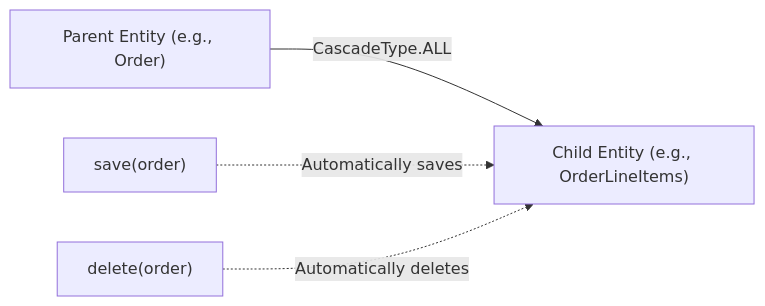
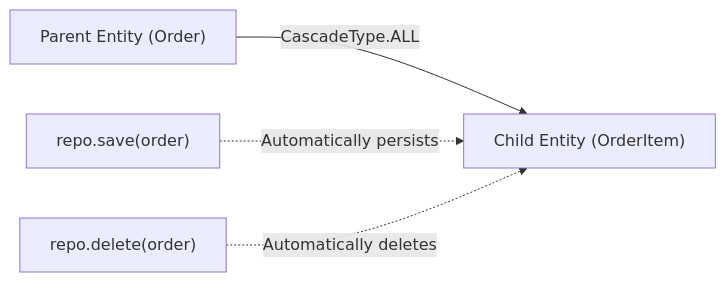
One commit to rohithgowda18/Notes changed the tenth of 13 diagrams in 06-Java-and-Spring-Boot/03-Data-Persistence-Spring-Data-JPA.md. Above: the diagram before and after it, drawn with Mermaid. The commit also changed other lines of this file and 13 other files, not shown here.

Commit message:
docs: upgrade Spring Boot study guides to Spring Boot 3+, Spring 6, Security 6, Jakarta, and add architecture diagrams

````diff
--- a/06-Java-and-Spring-Boot/03-Data-Persistence-Spring-Data-JPA.md
+++ b/06-Java-and-Spring-Boot/03-Data-Persistence-Spring-Data-JPA.md
@@ -544,6 +523,6 @@
 ```mermaid
 flowchart LR
-    Parent["Parent Entity (e.g., Order)"] -->|CascadeType.ALL| Child["Child Entity (e.g., OrderLineItems)"]
-    Save["save(order)"] -.->|"Automatically saves"| Child
-    Delete["delete(order)"] -.->|"Automatically deletes"| Child
+    Parent["Parent Entity (Order)"] -->|CascadeType.ALL| Child["Child Entity (OrderItem)"]
+    Save["repo.save(order)"] -.->|"Automatically persists"| Child
+    Delete["repo.delete(order)"] -.->|"Automatically deletes"| Child
 ```
````
